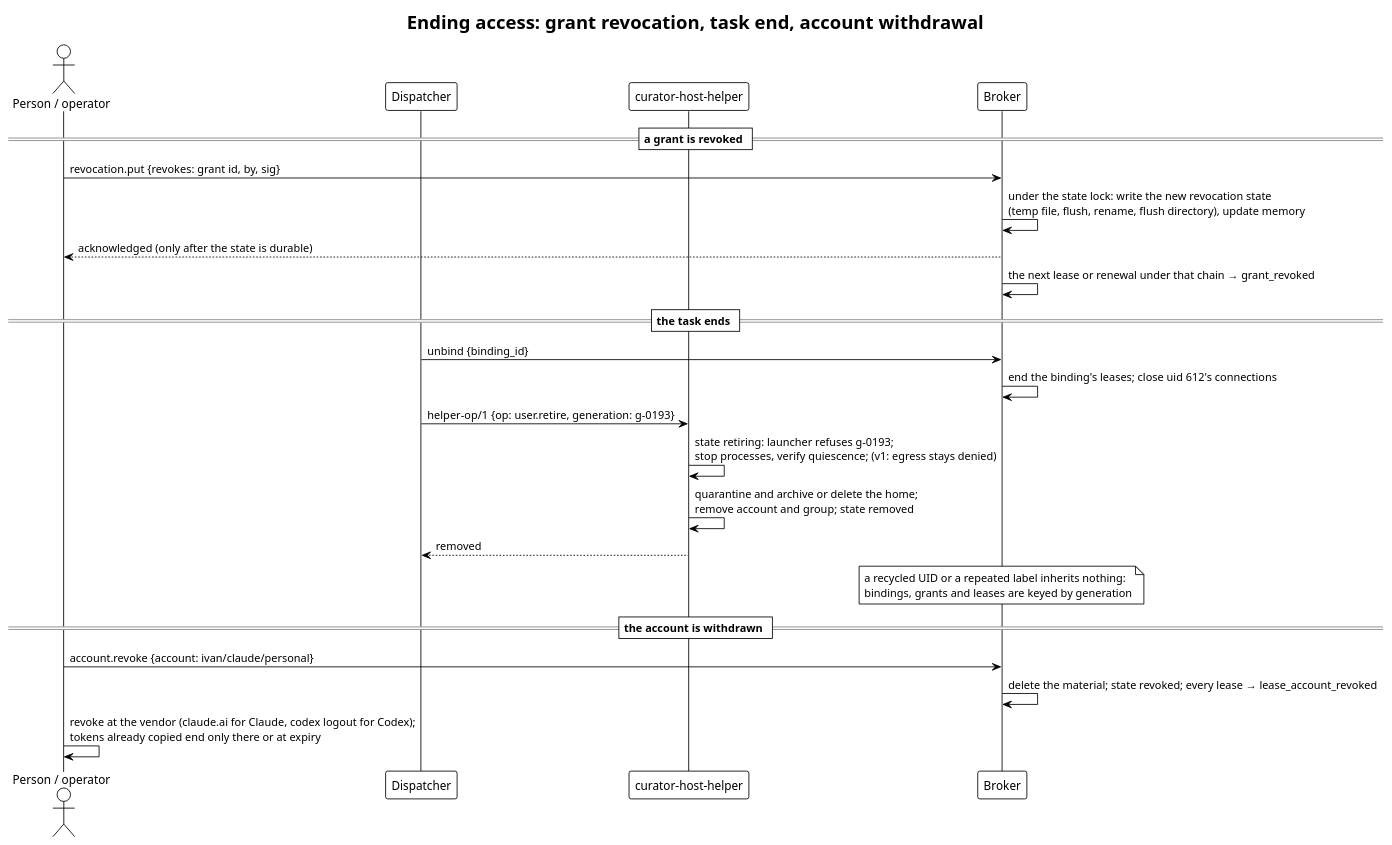
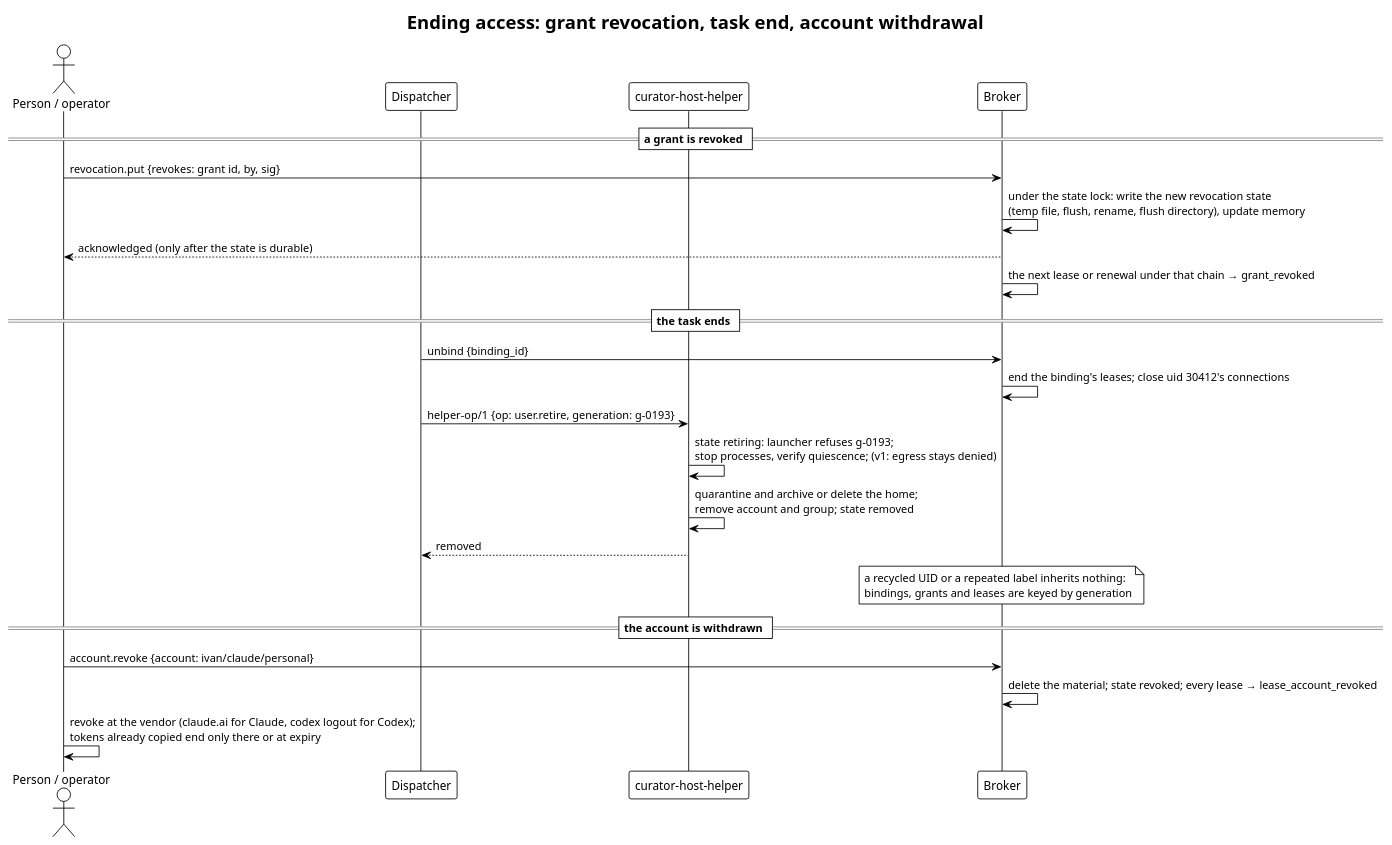
Before and after one commit to relux-works/curator-credential-broker: the diagram in diagrams/revoke-and-unbind.puml, drawn with PlantUML. The commit also changed 4 other files, not shown here.

```diff
--- a/diagrams/revoke-and-unbind.puml
+++ b/diagrams/revoke-and-unbind.puml
@@ -1,29 +1,29 @@
 @startuml revoke-and-unbind
 !theme plain
 title Ending access: grant revocation, task end, account withdrawal
 
 actor "Person / operator" as P
 participant "Dispatcher" as D
 participant "curator-host-helper" as H
 participant "Broker" as B
 
 == a grant is revoked ==
 P -> B: revocation.put {revokes: grant id, by, sig}
 B -> B: under the state lock: write the new revocation state\n(temp file, flush, rename, flush directory), update memory
 B --> P: acknowledged (only after the state is durable)
 B -> B: the next lease or renewal under that chain → grant_revoked
 
 == the task ends ==
 D -> B: unbind {binding_id}
-B -> B: end the binding's leases; close uid 612's connections
+B -> B: end the binding's leases; close uid 30412's connections
 D -> H: helper-op/1 {op: user.retire, generation: g-0193}
 H -> H: state retiring: launcher refuses g-0193;\nstop processes, verify quiescence; (v1: egress stays denied)
 H -> H: quarantine and archive or delete the home;\nremove account and group; state removed
 H --> D: removed
 note over B: a recycled UID or a repeated label inherits nothing:\nbindings, grants and leases are keyed by generation
 
 == the account is withdrawn ==
 P -> B: account.revoke {account: ivan/claude/personal}
 B -> B: delete the material; state revoked; every lease → lease_account_revoked
 P -> P: revoke at the vendor (claude.ai for Claude, codex logout for Codex);\ntokens already copied end only there or at expiry
 @enduml
```
